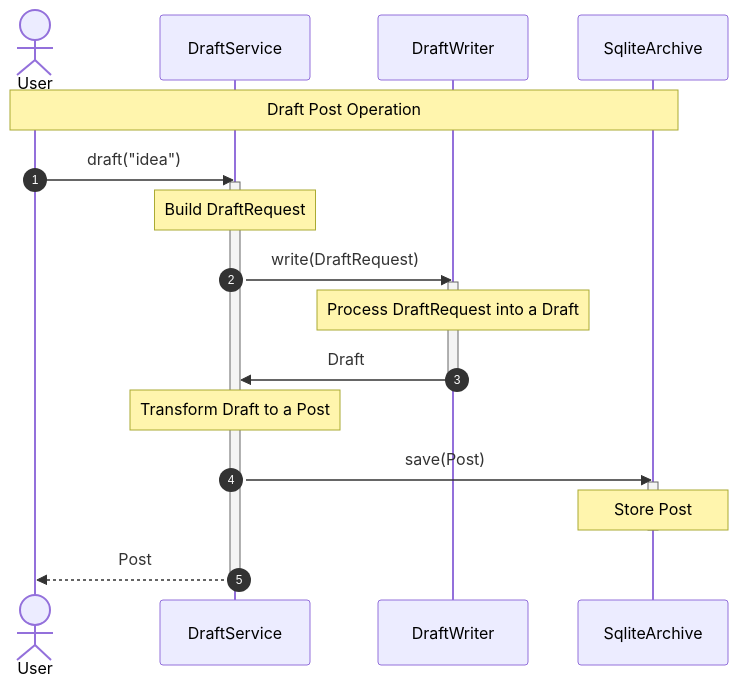
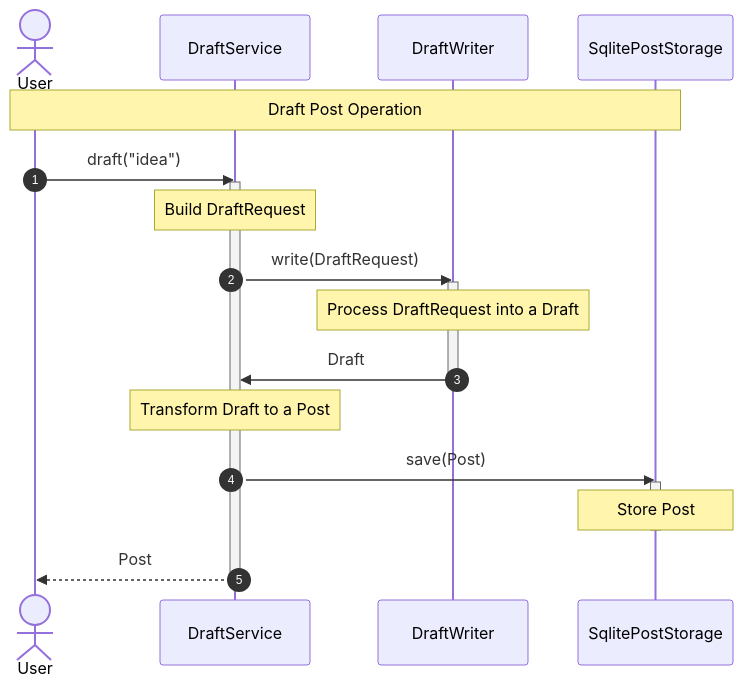
One commit to ADarko22/linkedin-idea-to-post changed the diagram in src/linkedin_idea_to_post/drafting/README.md. Above: the diagram before and after it, drawn with Mermaid. The commit also changed other lines of this file and 20 other files, not shown here.

Commit message:
Rename archive module to persistence; Rename PostArchive protocol to PostStorage and propagate to implementation; Separate database configuration and schema sql

````diff
--- a/src/linkedin_idea_to_post/drafting/README.md
+++ b/src/linkedin_idea_to_post/drafting/README.md
@@ -11,25 +11,25 @@
 ```mermaid
 sequenceDiagram
-   autonumber
-   actor User
-   participant Drafter as DraftService
-   participant Writer as DraftWriter
-   participant DB as SqliteArchive
-   Note over User, DB: Draft Post Operation
-   User ->> Drafter: draft("idea")
-   activate Drafter
-   Note over Drafter: Build DraftRequest
-   Drafter ->> Writer: write(DraftRequest)
-   activate Writer
-   Note over Writer: Process DraftRequest into a Draft
-   Writer ->> Drafter: Draft
-   deactivate Writer
-   Note over Drafter: Transform Draft to a Post
-   Drafter ->> DB: save(Post)
-   activate DB
-   Note over DB: Store Post
-   deactivate DB
-   Drafter -->> User: Post
-   deactivate Drafter
+    autonumber
+    actor User
+    participant Drafter as DraftService
+    participant Writer as DraftWriter
+    participant DB as SqlitePostStorage
+    Note over User, DB: Draft Post Operation
+    User ->> Drafter: draft("idea")
+    activate Drafter
+    Note over Drafter: Build DraftRequest
+    Drafter ->> Writer: write(DraftRequest)
+    activate Writer
+    Note over Writer: Process DraftRequest into a Draft
+    Writer ->> Drafter: Draft
+    deactivate Writer
+    Note over Drafter: Transform Draft to a Post
+    Drafter ->> DB: save(Post)
+    activate DB
+    Note over DB: Store Post
+    deactivate DB
+    Drafter -->> User: Post
+    deactivate Drafter
 
 ```
````
